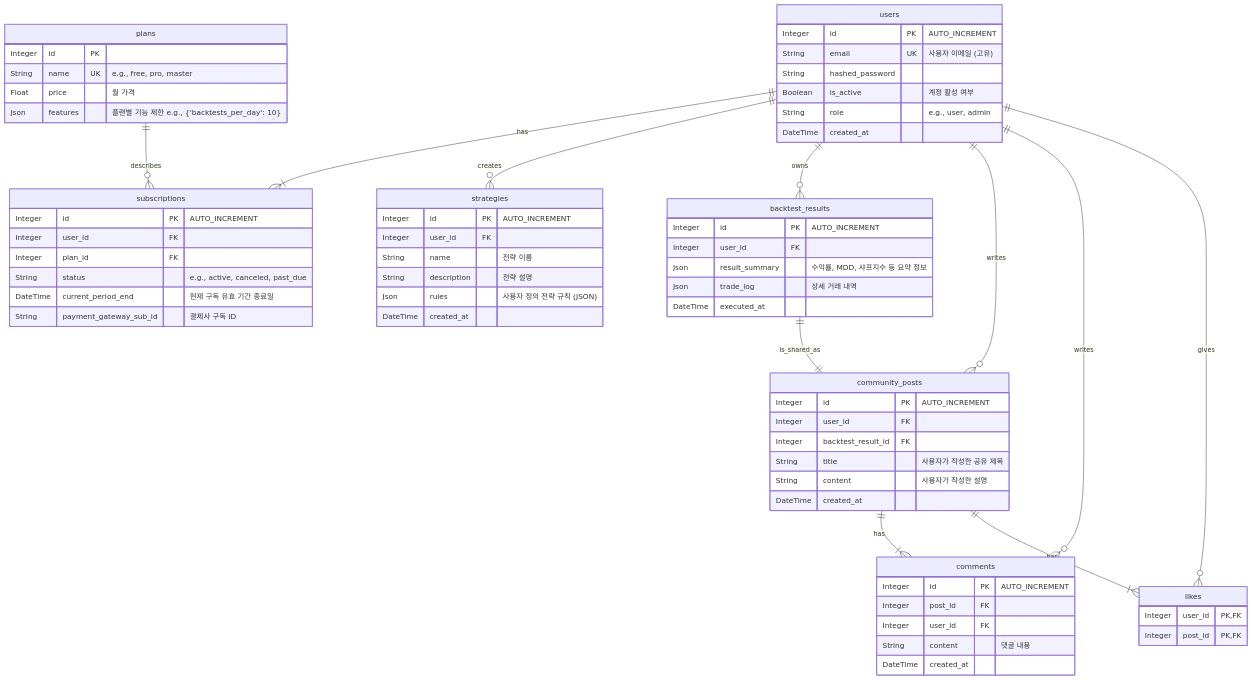
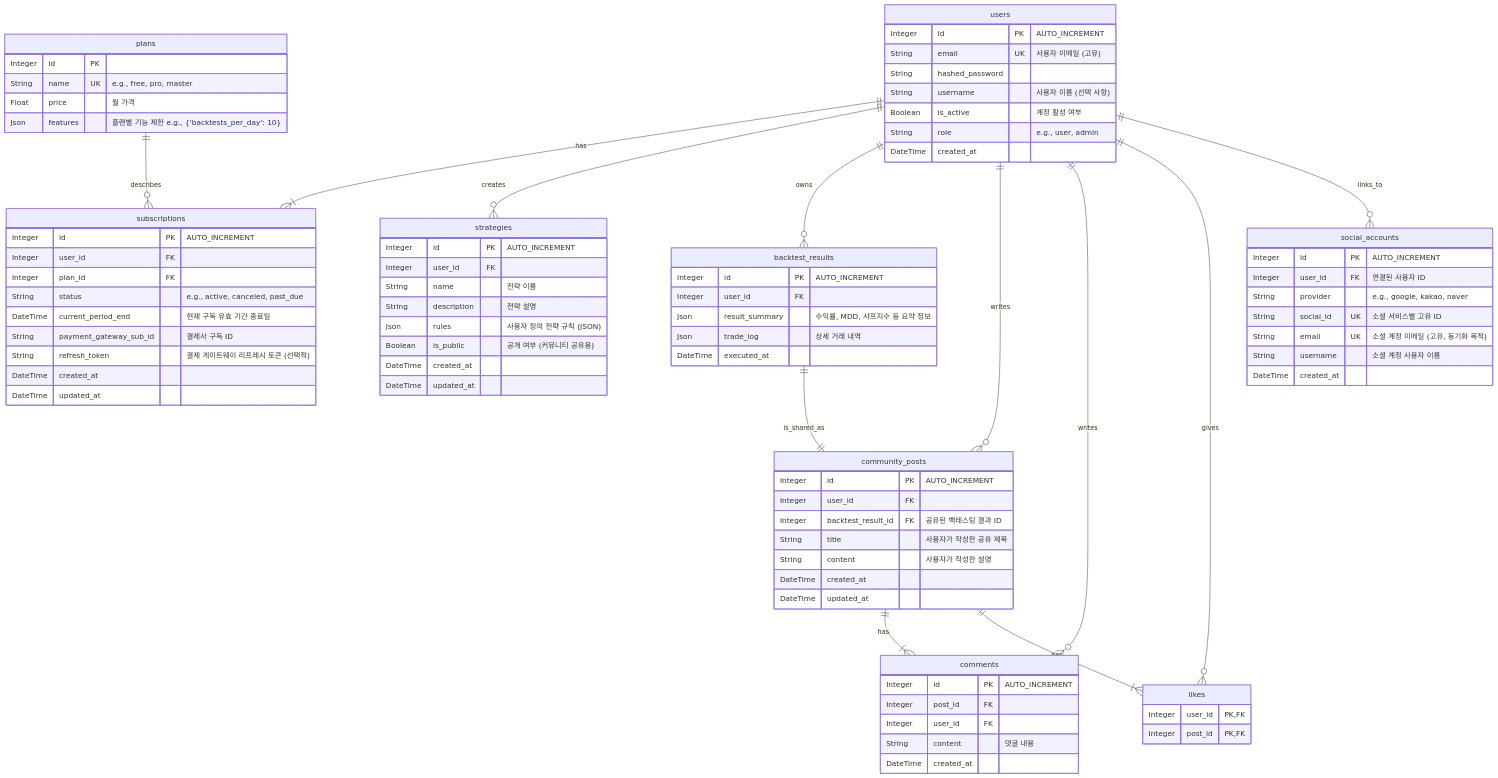
One commit to sleepyMS/Cortex changed the diagram in docs/07_Database_Schema.md. Above: the diagram before and after it, drawn with Mermaid. The commit also changed other lines of this file and 1 other file, not shown here.

Commit message:
마크다운 Update

```diff
--- a/docs/07_Database_Schema.md
+++ b/docs/07_Database_Schema.md
@@ -10,8 +10,19 @@
         Integer id PK "AUTO_INCREMENT"
         String email UK "사용자 이메일 (고유)"
         String hashed_password
+        String username "사용자 이름 (선택 사항)"
         Boolean is_active "계정 활성 여부"
         String role "e.g., user, admin"
+        DateTime created_at
+    }
+
+    social_accounts {
+        Integer id PK "AUTO_INCREMENT"
+        Integer user_id FK "연결된 사용자 ID"
+        String provider "e.g., google, kakao, naver"
+        String social_id UK "소셜 서비스별 고유 ID"
+        String email UK "소셜 계정 이메일 (고유, 동기화 목적)"
+        String username "소셜 계정 사용자 이름"
         DateTime created_at
     }
 
@@ -29,6 +40,9 @@
         String status "e.g., active, canceled, past_due"
         DateTime current_period_end "현재 구독 유효 기간 종료일"
         String payment_gateway_sub_id "결제사 구독 ID"
+        String refresh_token "결제 게이트웨이 리프레시 토큰 (선택적)"
+        DateTime created_at
+        DateTime updated_at
     }
 
     strategies {
@@ -37,7 +51,9 @@
         String name "전략 이름"
         String description "전략 설명"
         Json rules "사용자 정의 전략 규칙 (JSON)"
+        Boolean is_public "공개 여부 (커뮤니티 공유용)"
         DateTime created_at
+        DateTime updated_at
     }
 
     backtest_results {
@@ -51,10 +67,11 @@
     community_posts {
         Integer id PK "AUTO_INCREMENT"
         Integer user_id FK
-        Integer backtest_result_id FK
+        Integer backtest_result_id FK "공유된 백테스팅 결과 ID"
         String title "사용자가 작성한 공유 제목"
         String content "사용자가 작성한 설명"
         DateTime created_at
+        DateTime updated_at
     }
 
     comments {
@@ -71,12 +88,13 @@
     }
 
     users ||--|{ subscriptions : "has"
-    plans ||--o{ subscriptions : "describes"
     users ||--o{ strategies : "creates"
     users ||--o{ backtest_results : "owns"
     users ||--o{ community_posts : "writes"
     users ||--o{ comments : "writes"
     users ||--o{ likes : "gives"
+    users ||--o{ social_accounts : "links_to"
+    plans ||--o{ subscriptions : "describes"
     backtest_results ||--|| community_posts : "is_shared_as"
     community_posts ||--|{ comments : "has"
     community_posts ||--|{ likes : "has"
```
